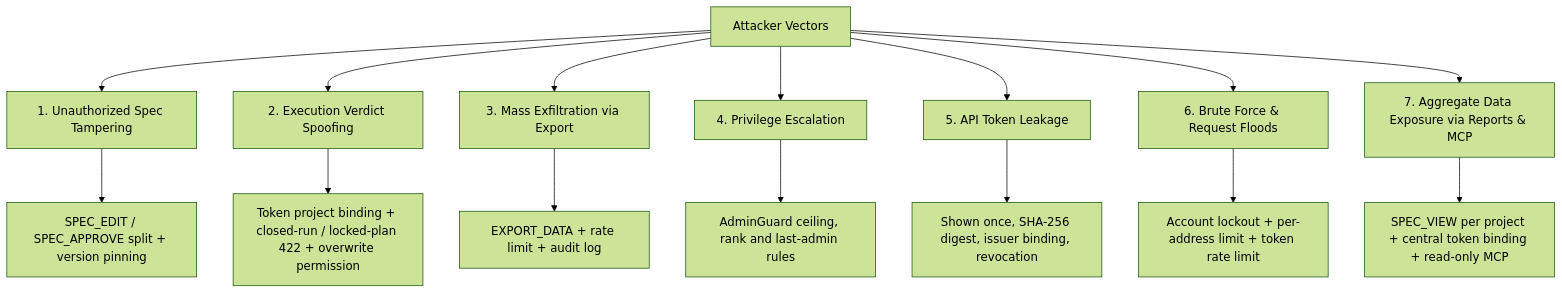
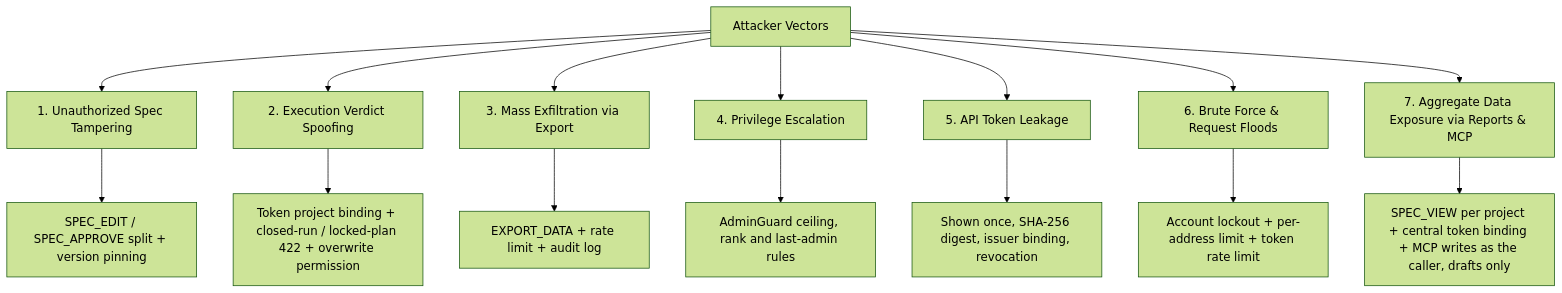
The fourth of 4 diagrams in docs/rfc_04_rbac_security_matrix.md (ElliotNewtonMiller/Testify), drawn with Mermaid (forest theme) before and after one commit. The commit also changed other lines of this file and 27 other files, not shown here.

First line of the commit message:
Bulk changes and MCP write tools (API roadmap steps 9 and 6)

````diff
--- a/docs/rfc_04_rbac_security_matrix.md
+++ b/docs/rfc_04_rbac_security_matrix.md
@@ -289,18 +289,18 @@
 ```mermaid
 graph TD
     A[Attacker Vectors] --> B[1. Unauthorized Spec Tampering]
     A --> C[2. Execution Verdict Spoofing]
     A --> D[3. Mass Exfiltration via Export]
     A --> E[4. Privilege Escalation]
     A --> F[5. API Token Leakage]
     A --> G[6. Brute Force & Request Floods]
     A --> H[7. Aggregate Data Exposure via Reports & MCP]
 
     B --> B1[SPEC_EDIT / SPEC_APPROVE split + version pinning]
     C --> C1[Token project binding + closed-run / locked-plan 422 + overwrite permission]
     D --> D1[EXPORT_DATA + rate limit + audit log]
     E --> E1[AdminGuard ceiling, rank and last-admin rules]
     F --> F1[Shown once, SHA-256 digest, issuer binding, revocation]
     G --> G1[Account lockout + per-address limit + token rate limit]
-    H --> H1[SPEC_VIEW per project + central token binding + read-only MCP]
+    H --> H1[SPEC_VIEW per project + central token binding + MCP writes as the caller, drafts only]
 ```
````
